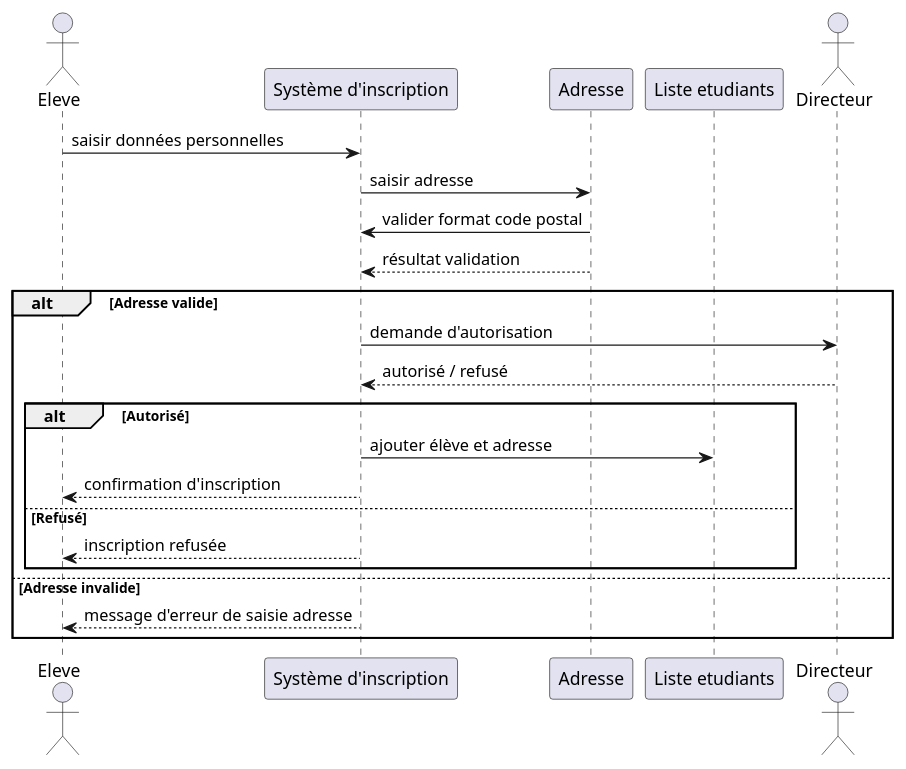
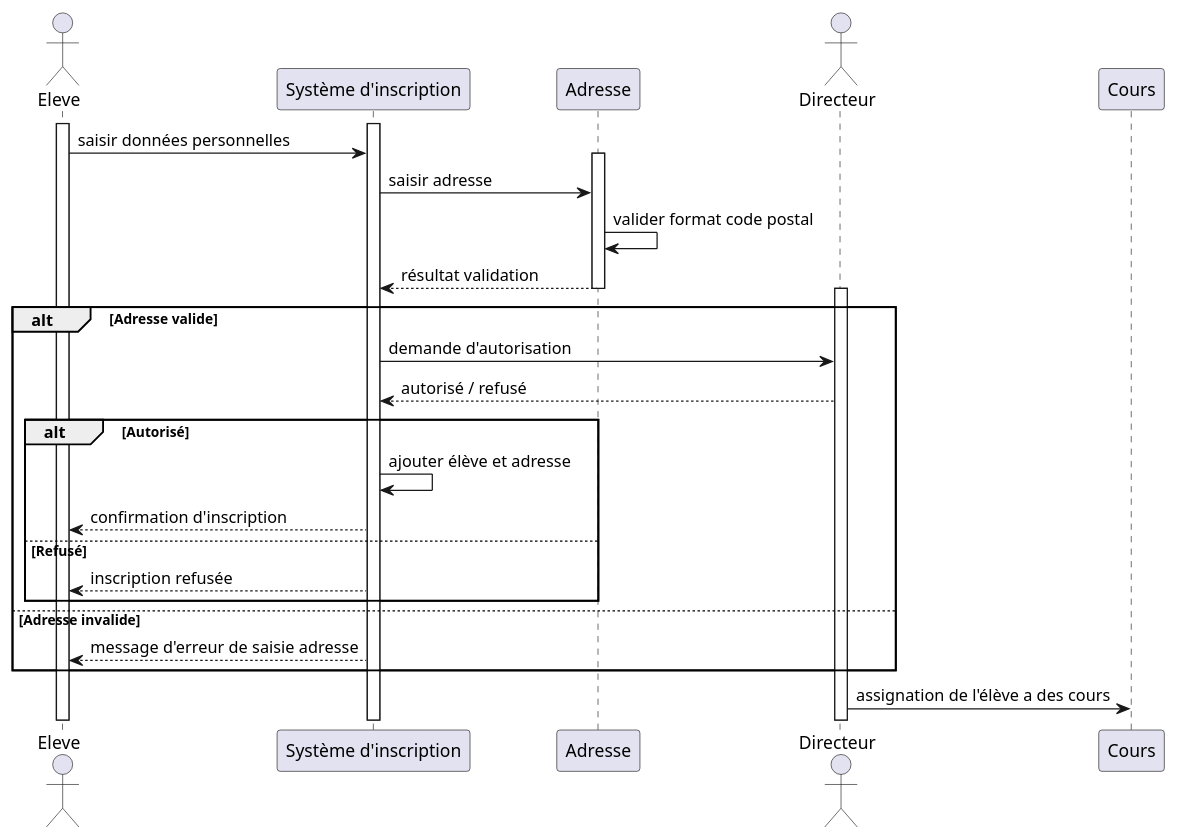
One commit to john7440/GestionEcole---Groupe changed the diagram in doc/StudentManagement.puml. Above: the diagram before and after it, drawn with PlantUML. The commit also changed 1 other file, not shown here.

Commit message:
améliorations diagrammes de séquence

```diff
--- a/doc/StudentManagement.puml
+++ b/doc/StudentManagement.puml
@@ -1,25 +1,34 @@
 @startuml
 actor Eleve
 participant "Système d'inscription" as SI
 participant "Adresse"
-participant "Liste etudiants" as Carnet
 actor "Directeur"
+participant "Cours"
 
+activate Eleve
+activate SI
 Eleve -> SI : saisir données personnelles
+activate Adresse
 SI -> Adresse : saisir adresse
-Adresse -> SI : valider format code postal
+Adresse -> Adresse : valider format code postal
 Adresse --> SI : résultat validation
+Deactivate Adresse
 
 alt Adresse valide
+activate Directeur
     SI -> Directeur : demande d'autorisation
     Directeur --> SI : autorisé / refusé
     alt Autorisé
-        SI -> Carnet : ajouter élève et adresse
+        SI -> SI : ajouter élève et adresse
         SI --> Eleve : confirmation d'inscription
     else Refusé
         SI --> Eleve : inscription refusée
     end
 else Adresse invalide
     SI --> Eleve : message d'erreur de saisie adresse
 end
+
+Directeur -> Cours : assignation de l'élève a des cours
+
+
 @enduml
```
